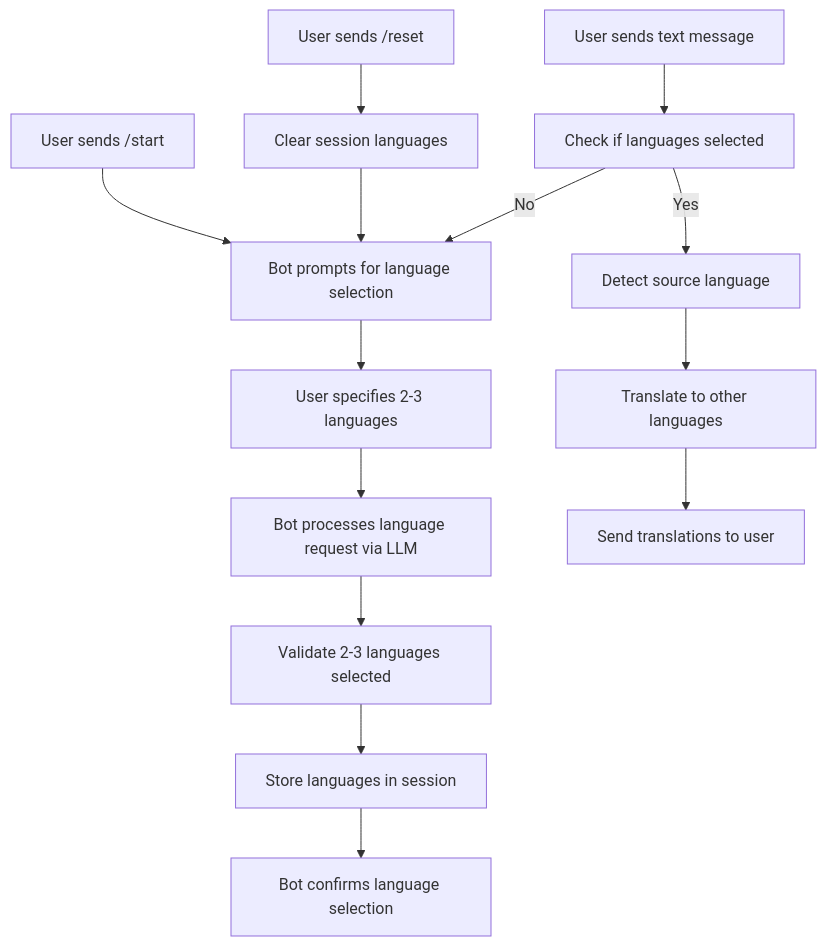
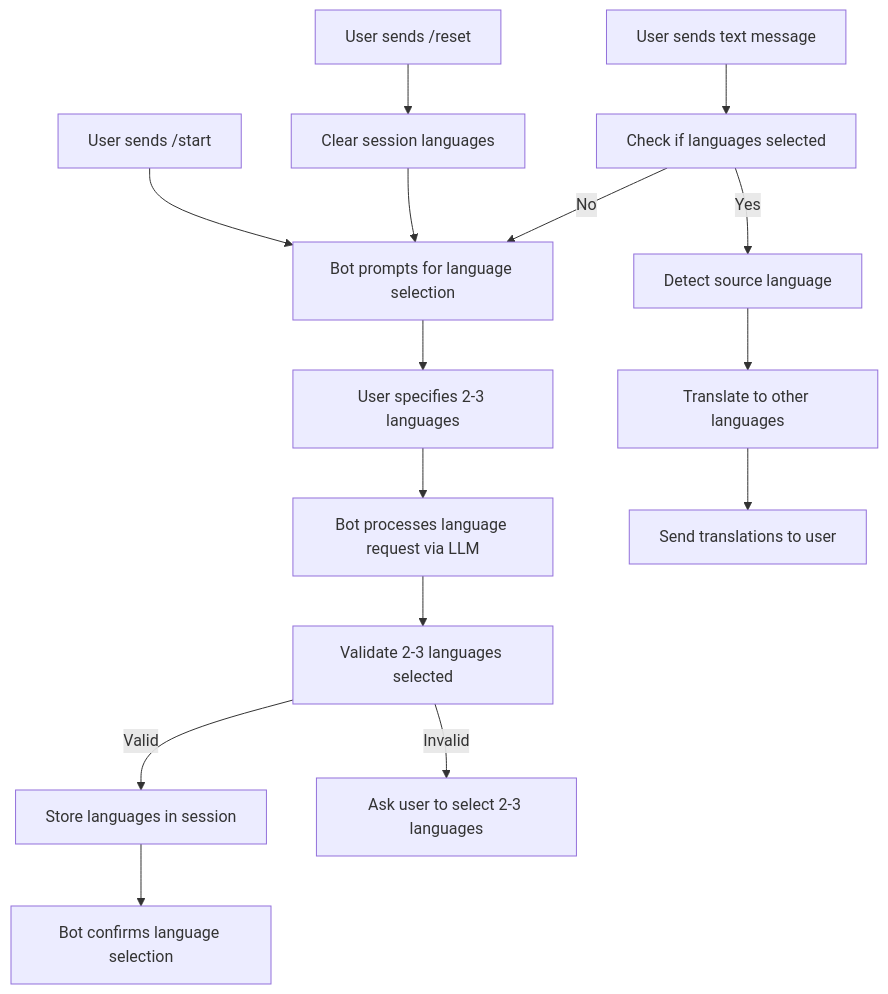
One commit to Anna-Liutenko/telegram-copilot-bridge-edit2 changed the diagram in .qoder/quests/bot-language-selection-logic.md. Above: the diagram before and after it, drawn with Mermaid. The commit also changed other lines of this file and 2 other files, not shown here.

````diff
--- a/.qoder/quests/bot-language-selection-logic.md
+++ b/.qoder/quests/bot-language-selection-logic.md
@@ -112,18 +102,19 @@
 ```mermaid
 flowchart TD
     A[User sends /start] --> B[Bot prompts for language selection]
     B --> C[User specifies 2-3 languages]
     C --> D[Bot processes language request via LLM]
     D --> E[Validate 2-3 languages selected]
-    E --> F[Store languages in session]
-    F --> G[Bot confirms language selection]
+    E -->|Valid| F[Store languages in session]
+    E -->|Invalid| G[Ask user to select 2-3 languages]
+    F --> H[Bot confirms language selection]
     
-    H[User sends /reset] --> I[Clear session languages]
-    I --> B
+    I[User sends /reset] --> J[Clear session languages]
+    J --> B
     
-    J[User sends text message] --> K[Check if languages selected]
-    K -->|No| B
-    K -->|Yes| L[Detect source language]
-    L --> M[Translate to other languages]
-    M --> N[Send translations to user]
+    K[User sends text message] --> L[Check if languages selected]
+    L -->|No| B
+    L -->|Yes| M[Detect source language]
+    M --> N[Translate to other languages]
+    N --> O[Send translations to user]
 ```
````
